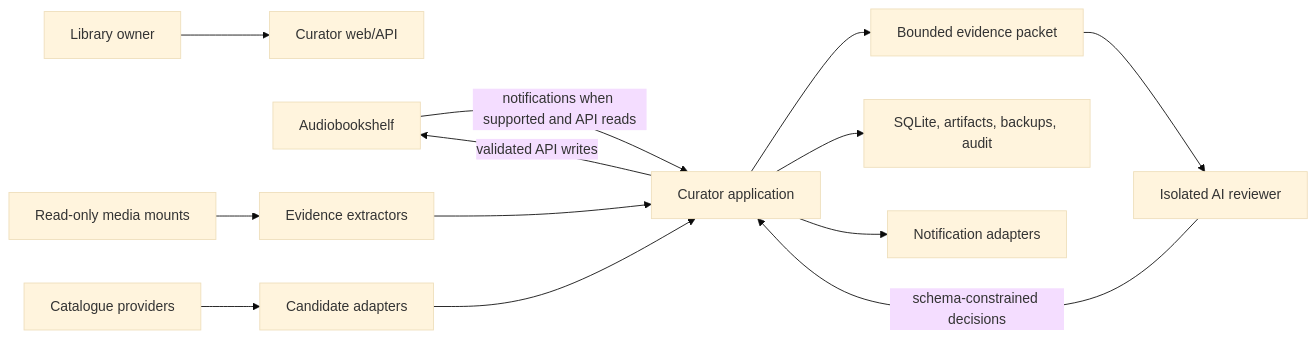
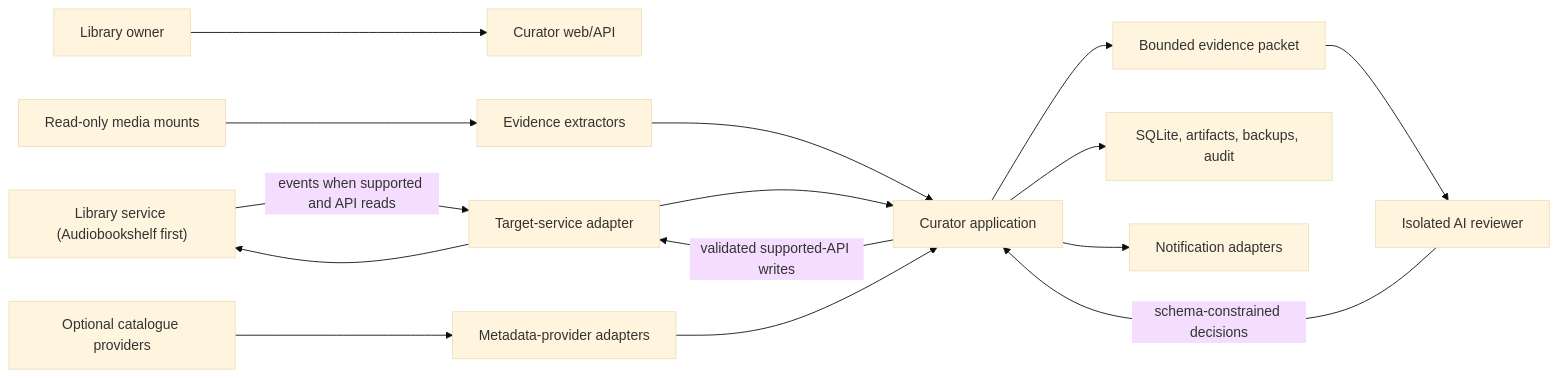
The diagram in docs/architecture/overview.md (atabbott/mechanical-librarian), drawn with Mermaid (base theme) before and after one commit. The commit also changed other lines of this file and 10 other files, not shown here.

````diff
--- a/docs/architecture/overview.md
+++ b/docs/architecture/overview.md
@@ -15,15 +17,17 @@
 ```mermaid
 flowchart LR
     User["Library owner"] --> Web["Curator web/API"]
-    Service["Audiobookshelf"] -->|"notifications when supported and API reads"| Curator["Curator application"]
+    Service["Library service (Audiobookshelf first)"] -->|"events when supported and API reads"| Target["Target-service adapter"]
     Media["Read-only media mounts"] --> Evidence["Evidence extractors"]
-    Providers["Catalogue providers"] --> Candidates["Candidate adapters"]
+    Providers["Optional catalogue providers"] --> Candidates["Metadata-provider adapters"]
+    Target --> Curator["Curator application"]
     Evidence --> Curator
     Candidates --> Curator
     Curator --> Staging["Bounded evidence packet"]
     Staging --> AI["Isolated AI reviewer"]
     AI -->|"schema-constrained decisions"| Curator
-    Curator -->|"validated API writes"| Service
+    Curator -->|"validated supported-API writes"| Target
+    Target --> Service
     Curator --> Data["SQLite, artifacts, backups, audit"]
     Curator --> Notify["Notification adapters"]
 ```
````
